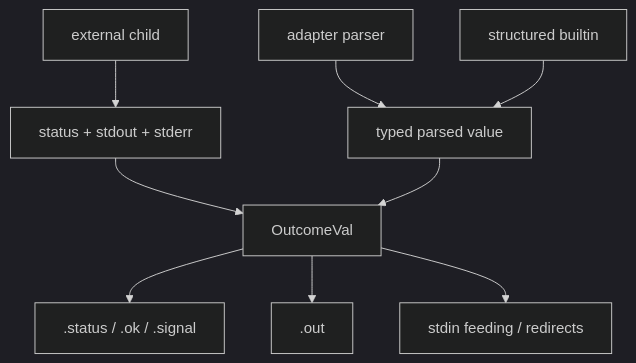
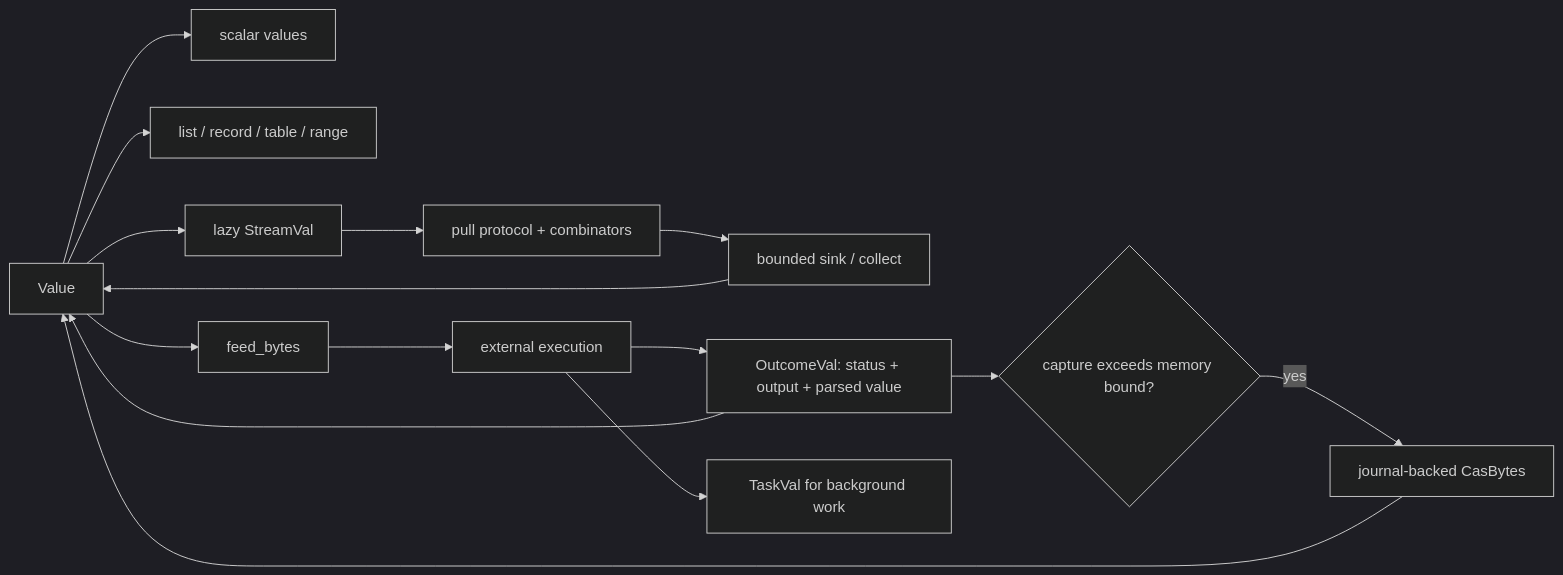
The diagram in site/content/internals/values-streams-execution.md (alliecatowo/shoal), drawn with Mermaid (dark theme) before and after one commit. The commit also changed other lines of this file and 70 other files, not shown here.

Commit message:
docs: refine manual and architecture visuals

````diff
--- a/site/content/internals/values-streams-execution.md
+++ b/site/content/internals/values-streams-execution.md
@@ -115,11 +34,19 @@
 ```mermaid
-flowchart TD
-  External["external child"] --> Raw["status + stdout + stderr"]
-  Adapter["adapter parser"] --> Parsed["typed parsed value"]
-  Builtin["structured builtin"] --> Parsed
-  Raw --> Outcome["OutcomeVal"]
-  Parsed --> Outcome
-  Outcome --> Status[".status / .ok / .signal"]
-  Outcome --> Out[".out"]
-  Outcome --> Bytes["stdin feeding / redirects"]
+flowchart LR
+accTitle: Values, streams, outcomes, and execution
+accDescr: The value algebra contains collections and lazy streams; external execution produces outcomes, background execution produces tasks, and large bytes can spill into journal-backed CAS values.
+  Value --> Scalar["scalar values"]
+  Value --> Collection["list / record / table / range"]
+  Value --> Stream["lazy StreamVal"]
+  Stream --> Pull["pull protocol + combinators"]
+  Pull --> Sink["bounded sink / collect"]
+  Sink --> Value
+  Value --> Feed["feed_bytes"]
+  Feed --> Exec["external execution"]
+  Exec --> Outcome["OutcomeVal: status + output + parsed value"]
+  Exec --> Task["TaskVal for background work"]
+  Outcome --> Value
+  Outcome --> Spill{"capture exceeds memory bound?"}
+  Spill -->|yes| CAS["journal-backed CasBytes"]
+  CAS --> Value
 ```
````
